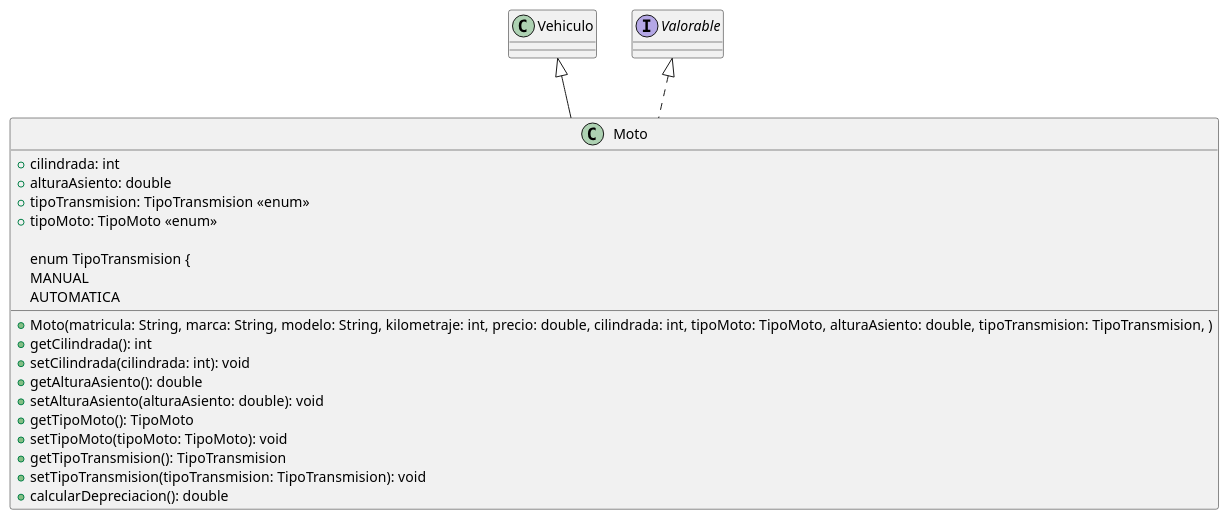
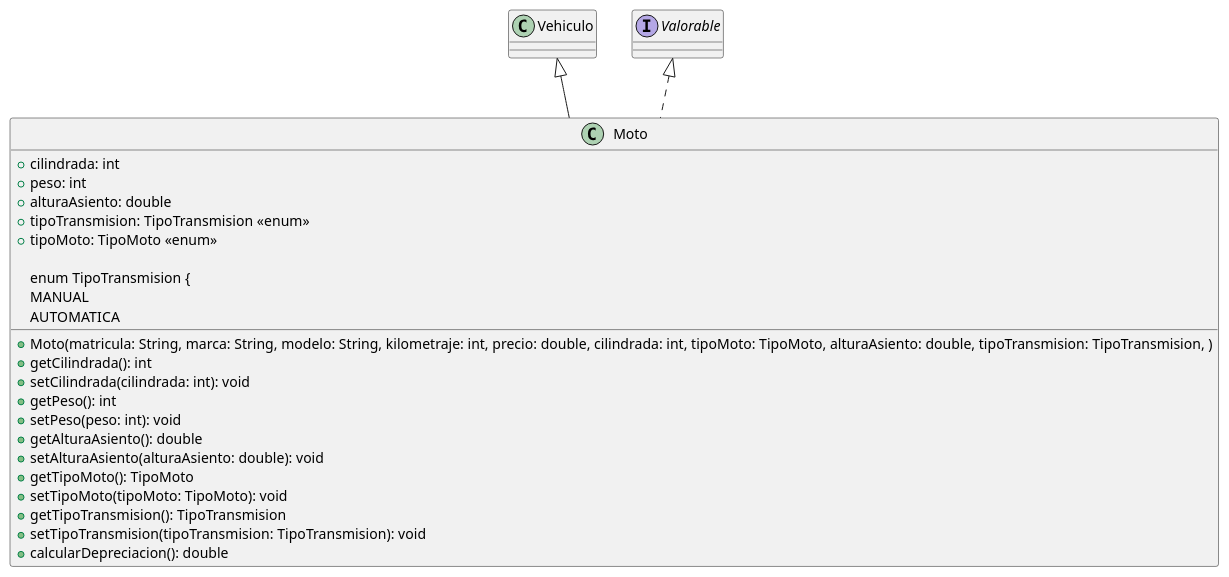
One commit to crobles98/UT5_ED_Prog changed the diagram in uml/Moto.puml. Above: the diagram before and after it, drawn with PlantUML.

Commit message:
Añadir atributo peso

```diff
--- a/uml/Moto.puml
+++ b/uml/Moto.puml
@@ -1,22 +1,25 @@
 @startuml
 class Moto extends Vehiculo implements Valorable {
   + cilindrada: int
+  + peso: int
   + alturaAsiento: double
   + tipoTransmision: TipoTransmision <<enum>>
   + tipoMoto: TipoMoto <<enum>>
   + Moto(matricula: String, marca: String, modelo: String, kilometraje: int, precio: double, cilindrada: int, tipoMoto: TipoMoto, alturaAsiento: double, tipoTransmision: TipoTransmision, )
   + getCilindrada(): int
   + setCilindrada(cilindrada: int): void
+  + getPeso(): int
+  + setPeso(peso: int): void
   + getAlturaAsiento(): double
   + setAlturaAsiento(alturaAsiento: double): void
   + getTipoMoto(): TipoMoto
   + setTipoMoto(tipoMoto: TipoMoto): void
   + getTipoTransmision(): TipoTransmision
   + setTipoTransmision(tipoTransmision: TipoTransmision): void
   + calcularDepreciacion(): double
 
 enum TipoTransmision {
   MANUAL
   AUTOMATICA
 }
 @enduml
```
